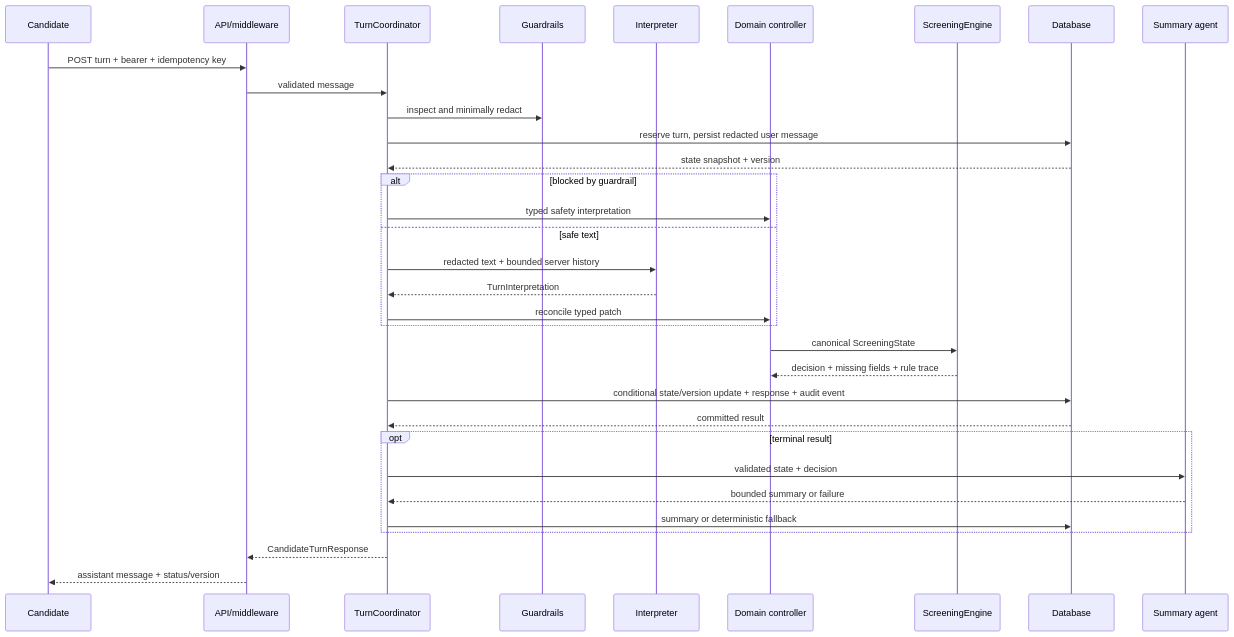
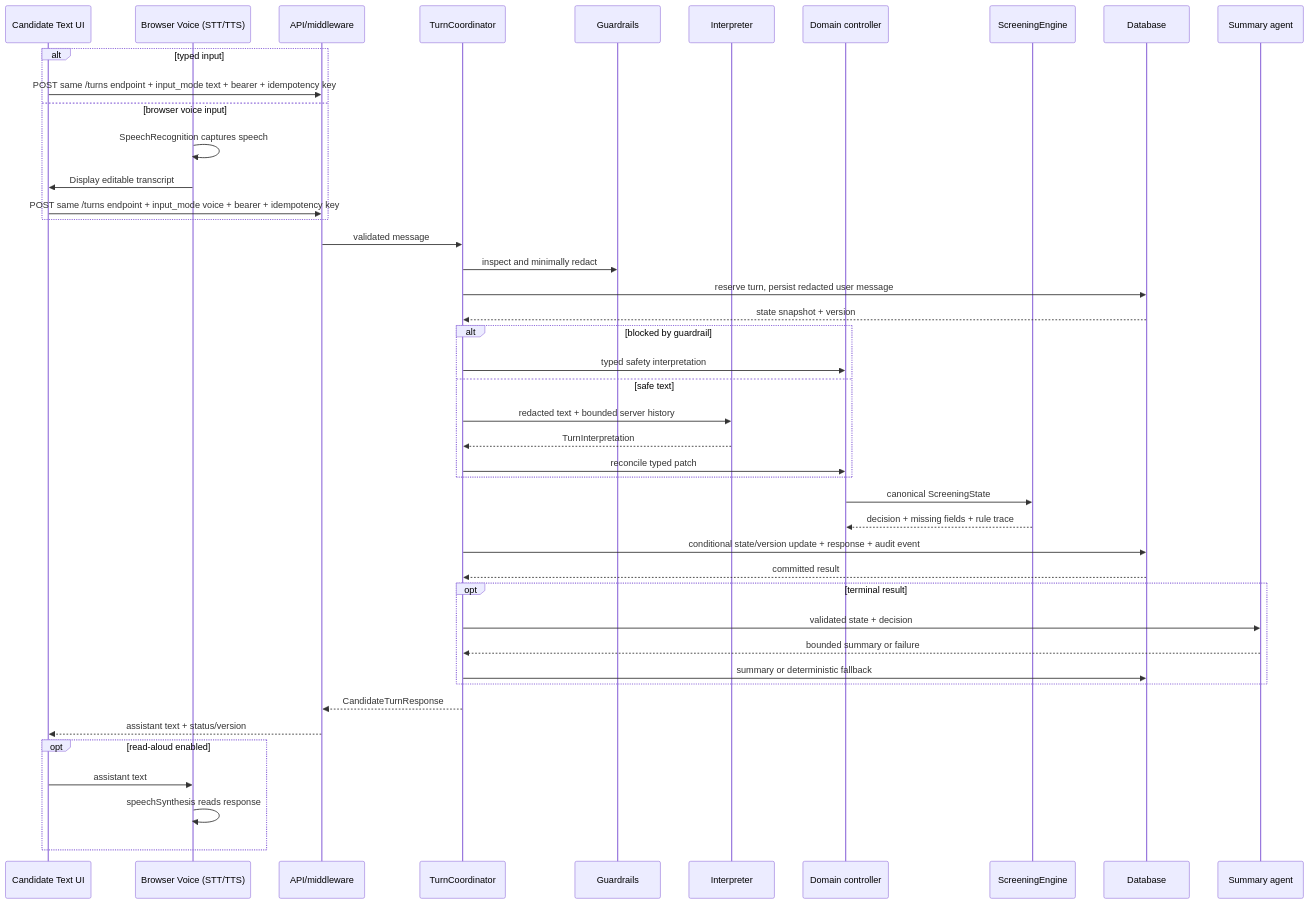
Before and after one commit to cadovid/ai-system-candidate-screening: the second of 2 diagrams in docs/architecture.md, drawn with Mermaid. The commit also changed other lines of this file and 37 other files, not shown here.

Commit message:
Add configurable providers and browser voice screening

````diff
--- a/docs/architecture.md
+++ b/docs/architecture.md
@@ -99,36 +125,47 @@
 ```mermaid
 sequenceDiagram
-  participant U as Candidate
+  participant T as Candidate Text UI
+  participant V as Browser Voice (STT/TTS)
   participant A as API/middleware
   participant C as TurnCoordinator
   participant G as Guardrails
   participant M as Interpreter
   participant D as Domain controller
   participant S as ScreeningEngine
   participant DB as Database
   participant H as Summary agent
 
-  U->>A: POST turn + bearer + idempotency key
+  alt typed input
+    T->>A: POST same /turns endpoint + input_mode text + bearer + idempotency key
+  else browser voice input
+    V->>V: SpeechRecognition captures speech
+    V->>T: Display editable transcript
+    T->>A: POST same /turns endpoint + input_mode voice + bearer + idempotency key
+  end
   A->>C: validated message
   C->>G: inspect and minimally redact
   C->>DB: reserve turn, persist redacted user message
   DB-->>C: state snapshot + version
   alt blocked by guardrail
     C->>D: typed safety interpretation
   else safe text
     C->>M: redacted text + bounded server history
     M-->>C: TurnInterpretation
     C->>D: reconcile typed patch
   end
   D->>S: canonical ScreeningState
   S-->>D: decision + missing fields + rule trace
   C->>DB: conditional state/version update + response + audit event
   DB-->>C: committed result
   opt terminal result
     C->>H: validated state + decision
     H-->>C: bounded summary or failure
     C->>DB: summary or deterministic fallback
   end
   C-->>A: CandidateTurnResponse
-  A-->>U: assistant message + status/version
+  A-->>T: assistant text + status/version
+  opt read-aloud enabled
+    T->>V: assistant text
+    V->>V: speechSynthesis reads response
+  end
 ```
````
